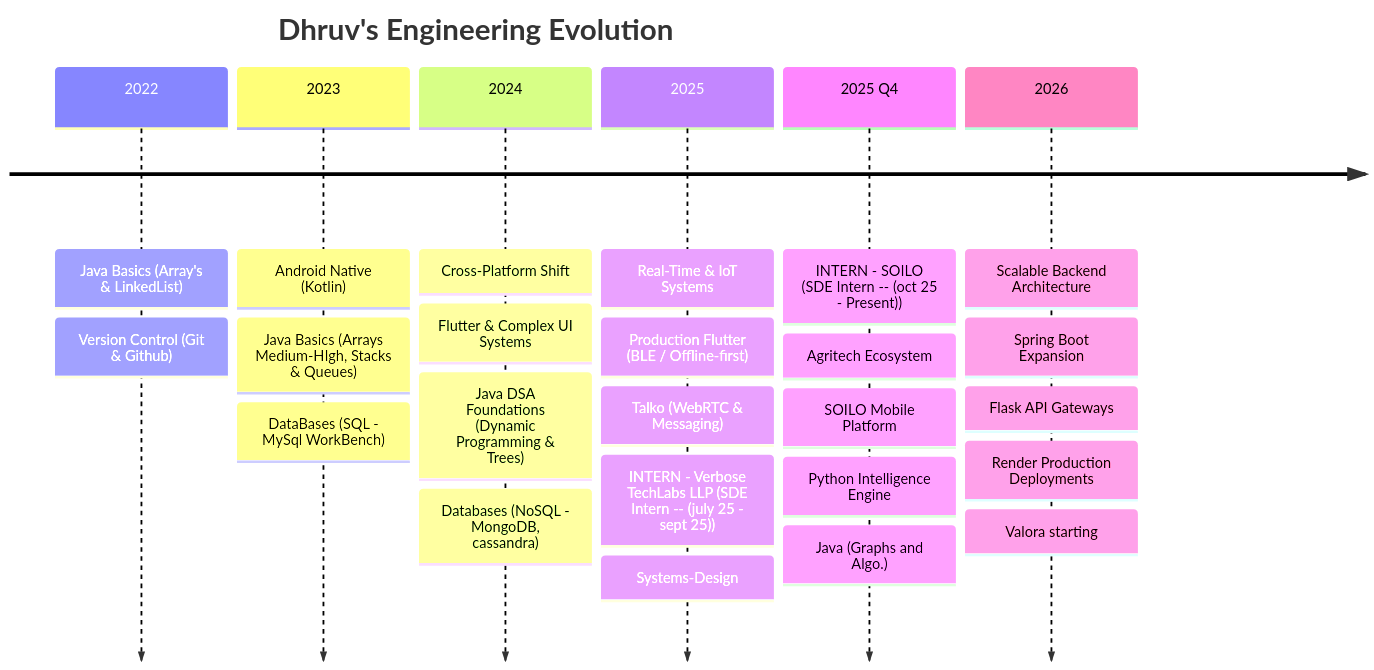
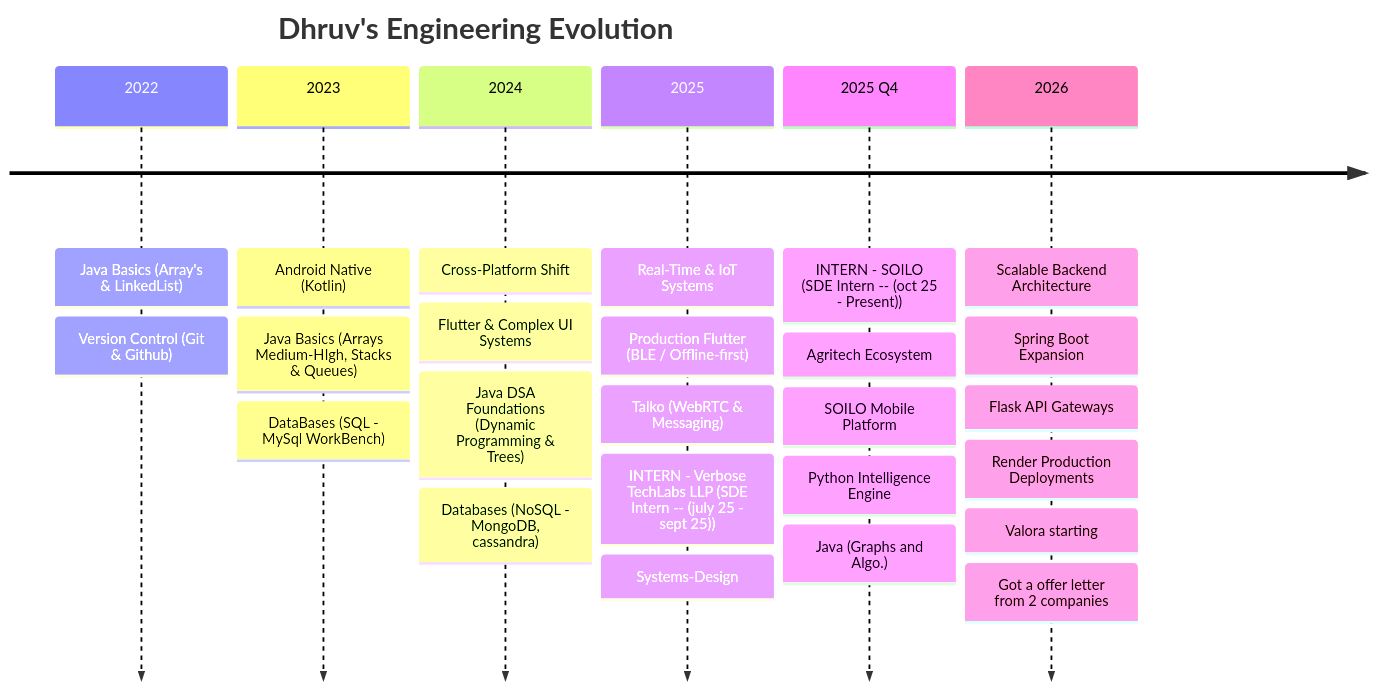
Before and after one commit to DhruvChaurasia9403/DhruvChaurasia9403: the first of 3 diagrams in README.md, drawn with Mermaid.

````diff
--- a/README.md
+++ b/README.md
@@ -28,34 +28,35 @@
 ```mermaid
 timeline
     title Dhruv's Engineering Evolution
     2022 : Java Basics (Array's & LinkedList)
          : Version Control (Git & Github)
     
     2023 : Android Native (Kotlin)
          : Java Basics (Arrays Medium-HIgh, Stacks & Queues)
          : DataBases (SQL - MySql WorkBench) 
          
     2024 : Cross-Platform Shift
          : Flutter & Complex UI Systems
          : Java DSA Foundations (Dynamic Programming & Trees)
          : Databases (NoSQL - MongoDB, cassandra) 
          
     2025 : Real-Time & IoT Systems
          : Production Flutter (BLE / Offline-first)
          : Talko (WebRTC & Messaging)
          : INTERN - Verbose TechLabs LLP (SDE Intern -- (july 25 - sept 25))
          : Systems-Design 
          
     2025 Q4 
          : INTERN - SOILO (SDE Intern -- (oct 25 - Present))
          : Agritech Ecosystem
          : SOILO Mobile Platform
          : Python Intelligence Engine
          : Java (Graphs and Algo.)
          
     2026 : Scalable Backend Architecture
          : Spring Boot Expansion
          : Flask API Gateways
          : Render Production Deployments
-         : Valora starting 
+         : Valora starting
+         : Got a offer letter from 2 companies   
 ```
````
